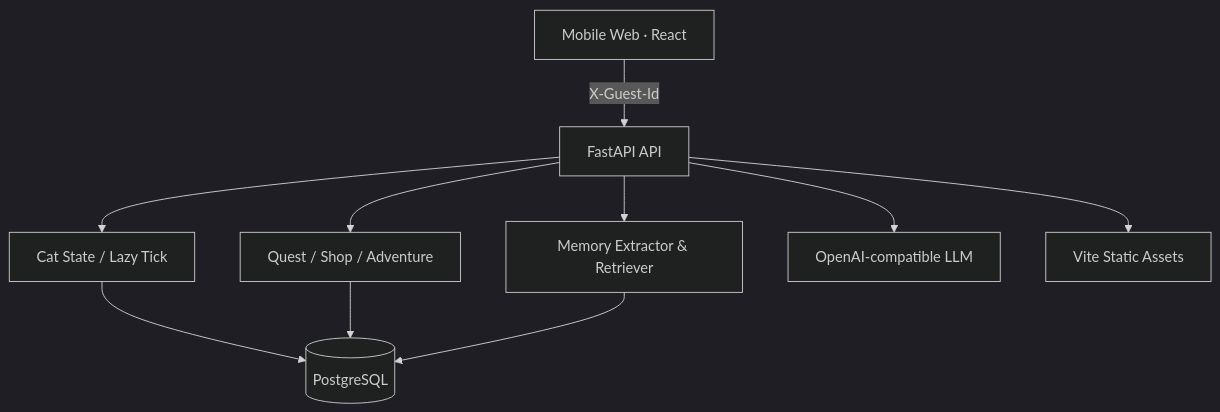
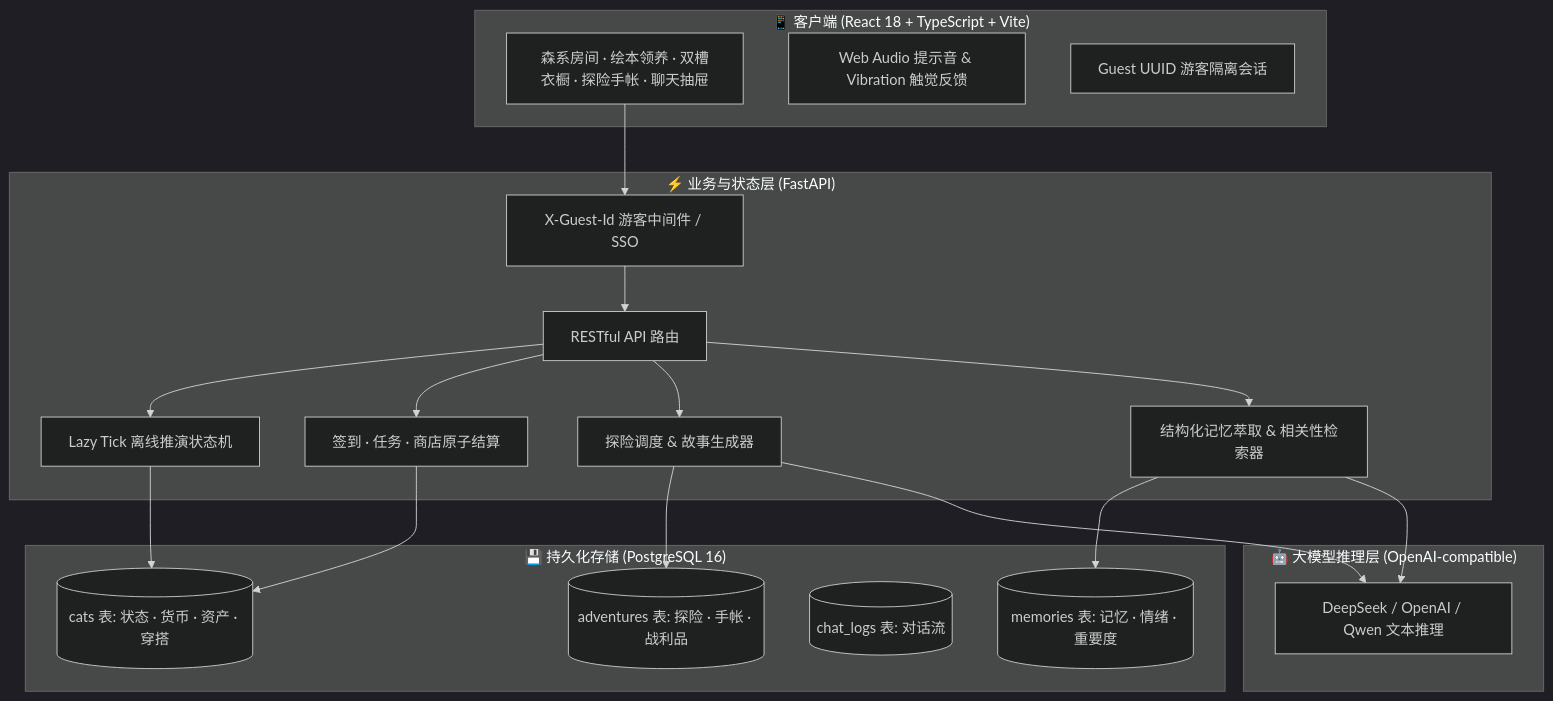
The second of 2 diagrams in README.md (Sinera-kiki/meowlog-ai-companion), drawn with Mermaid (dark theme) before and after one commit. The commit also changed other lines of this file and 6 other files, not shown here.

````diff
--- a/README.md
+++ b/README.md
@@ -92,12 +109,37 @@
 ```mermaid
 flowchart TB
-    Browser[Mobile Web · React] -->|X-Guest-Id| API[FastAPI API]
-    API --> Cat[Cat State / Lazy Tick]
-    API --> Game[Quest / Shop / Adventure]
-    API --> Memory[Memory Extractor & Retriever]
-    API --> LLM[OpenAI-compatible LLM]
-    Cat --> PG[(PostgreSQL)]
-    Game --> PG
-    Memory --> PG
-    API --> Static[Vite Static Assets]
+    subgraph Client["📱 客户端 (React 18 + TypeScript + Vite)"]
+        UI[森系房间 · 绘本领养 · 双槽衣橱 · 探险手帐 · 聊天抽屉]
+        Sensory[Web Audio 提示音 & Vibration 触觉反馈]
+        Guest[Guest UUID 游客隔离会话]
+    end
+
+    subgraph Server["⚡ 业务与状态层 (FastAPI)"]
+        Router[RESTful API 路由]
+        Auth[X-Guest-Id 游客中间件 / SSO]
+        StateEngine[Lazy Tick 离线推演状态机]
+        QuestEngine[签到 · 任务 · 商店原子结算]
+        AdventureEngine[探险调度 & 故事生成器]
+        MemoryEngine[结构化记忆萃取 & 相关性检索器]
+    end
+
+    subgraph Storage["💾 持久化存储 (PostgreSQL 16)"]
+        CatsTable[(cats 表: 状态 · 货币 · 资产 · 穿搭)]
+        MemsTable[(memories 表: 记忆 · 情绪 · 重要度)]
+        LogsTable[(chat_logs 表: 对话流)]
+        AdvTable[(adventures 表: 探险 · 手帐 · 战利品)]
+    end
+
+    subgraph LLM["🤖 大模型推理层 (OpenAI-compatible)"]
+        ChatModel[DeepSeek / OpenAI / Qwen 文本推理]
+    end
+
+    UI --> Auth
+    Auth --> Router
+    Router --> StateEngine --> CatsTable
+    Router --> QuestEngine --> CatsTable
+    Router --> AdventureEngine --> AdvTable
+    Router --> MemoryEngine --> MemsTable
+    AdventureEngine --> ChatModel
+    MemoryEngine --> ChatModel
 ```
````
